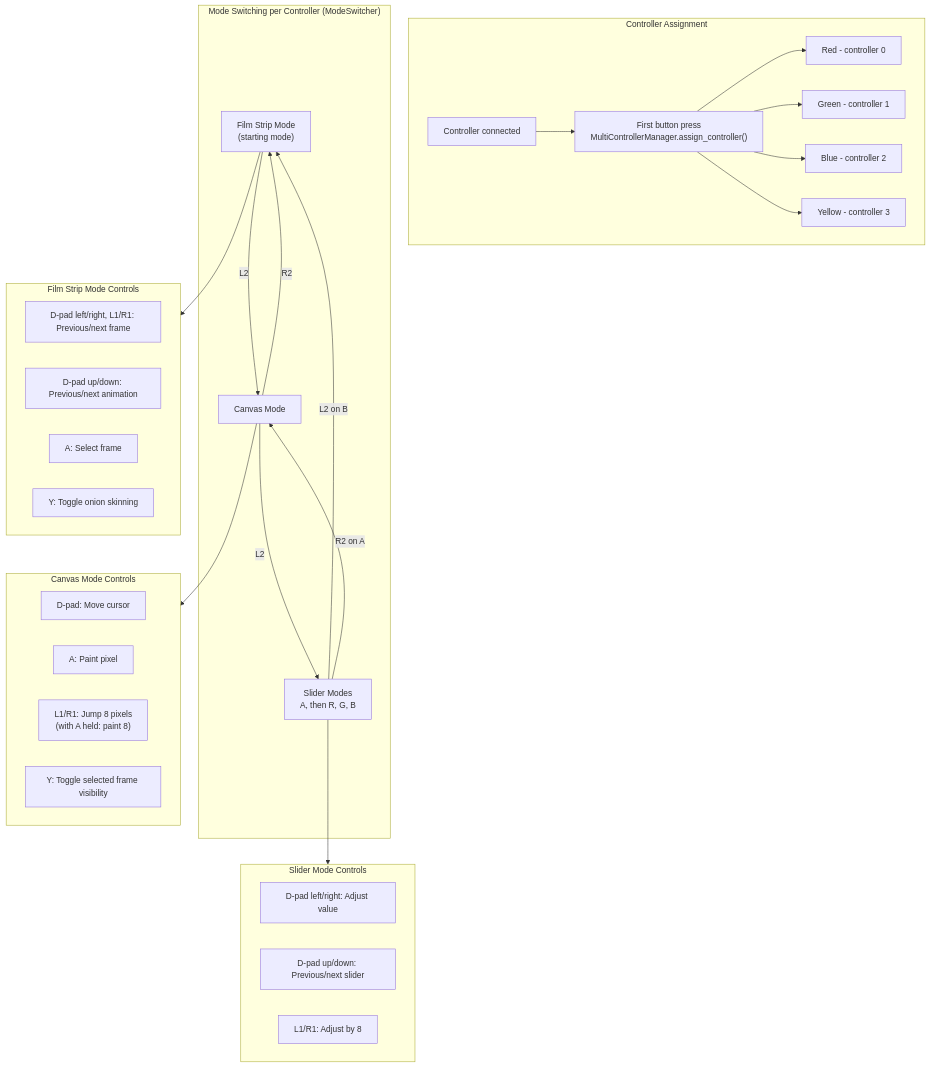
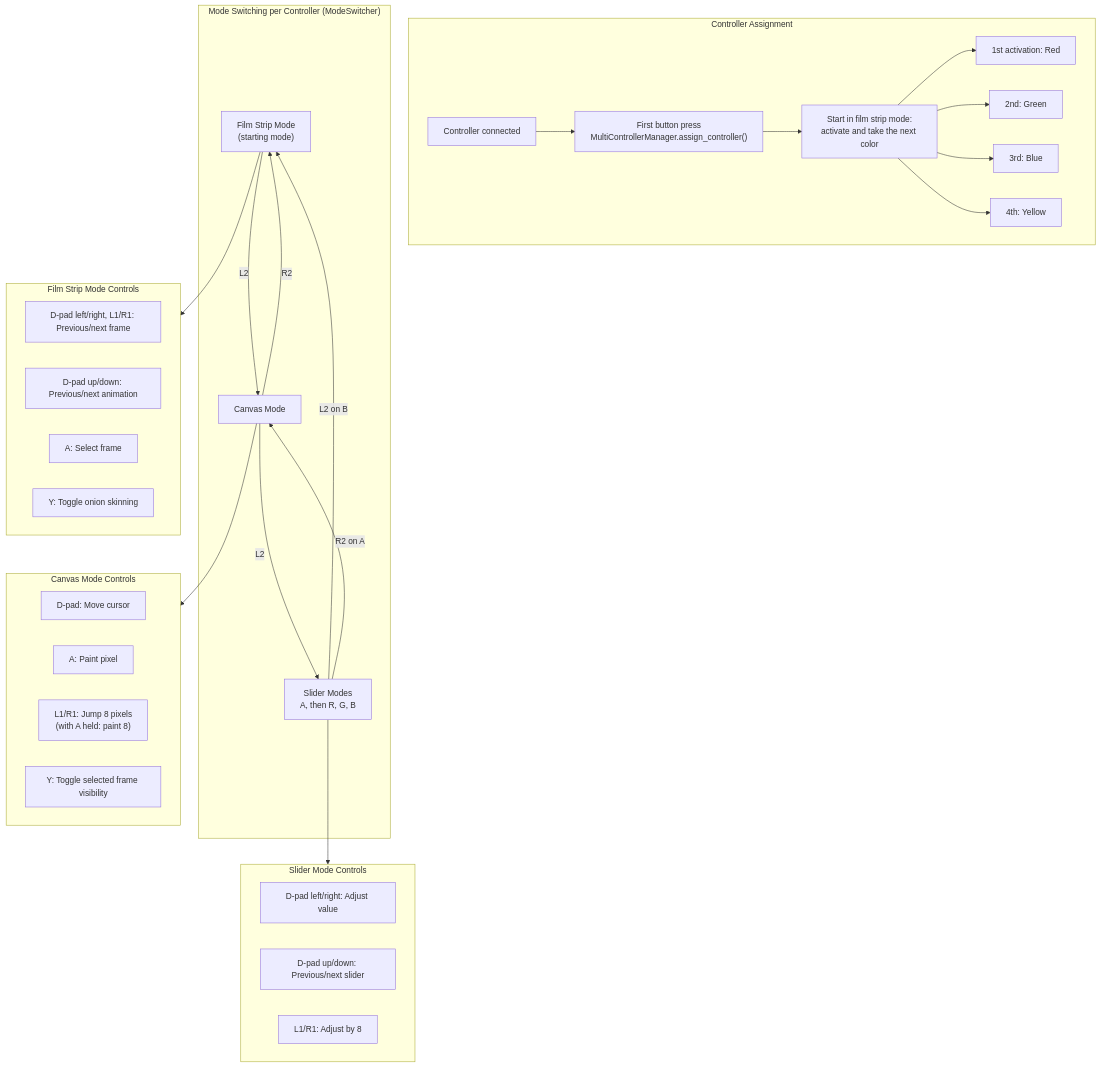
One commit to terrysimons/glitchygames changed the tenth of 10 diagrams in docs/architecture/bitmappy.md. Above: the diagram before and after it, drawn with Mermaid. The commit also changed other lines of this file and 25 other files, not shown here.

````diff
--- a/docs/architecture/bitmappy.md
+++ b/docs/architecture/bitmappy.md
@@ -514,46 +525,47 @@
 ```mermaid
 flowchart TD
     subgraph Assignment["Controller Assignment"]
         CONNECT["Controller connected"] --> FIRST["First button press\nMultiControllerManager.assign_controller()"]
-        FIRST --> RED["Red - controller 0"]
-        FIRST --> GREEN["Green - controller 1"]
-        FIRST --> BLUE["Blue - controller 2"]
-        FIRST --> YELLOW["Yellow - controller 3"]
+        FIRST --> START["Start in film strip mode:\nactivate and take the next color"]
+        START --> RED["1st activation: Red"]
+        START --> GREEN["2nd: Green"]
+        START --> BLUE["3rd: Blue"]
+        START --> YELLOW["4th: Yellow"]
     end
 
     subgraph Modes["Mode Switching per Controller (ModeSwitcher)"]
         FSM["Film Strip Mode\n(starting mode)"]
         CM["Canvas Mode"]
         SLM["Slider Modes\nA, then R, G, B"]
 
         FSM -->|"L2"| CM
         CM -->|"L2"| SLM
         SLM -->|"L2 on B"| FSM
         SLM -->|"R2 on A"| CM
         CM -->|"R2"| FSM
     end
 
     subgraph FilmStripControls["Film Strip Mode Controls"]
         FS_NAV["D-pad left/right, L1/R1: Previous/next frame"]
         FS_ANIM["D-pad up/down: Previous/next animation"]
         FS_SEL["A: Select frame"]
         FS_ONION["Y: Toggle onion skinning"]
     end
 
     subgraph CanvasControls["Canvas Mode Controls"]
         C_MOVE["D-pad: Move cursor"]
         C_PAINT["A: Paint pixel"]
         C_JUMP["L1/R1: Jump 8 pixels\n(with A held: paint 8)"]
         C_VIS["Y: Toggle selected frame visibility"]
     end
 
     subgraph SliderControls["Slider Mode Controls"]
         S_ADJ["D-pad left/right: Adjust value"]
         S_NAV["D-pad up/down: Previous/next slider"]
         S_JUMP["L1/R1: Adjust by 8"]
     end
 
     FSM --> FilmStripControls
     CM --> CanvasControls
     SLM --> SliderControls
 ```
````
